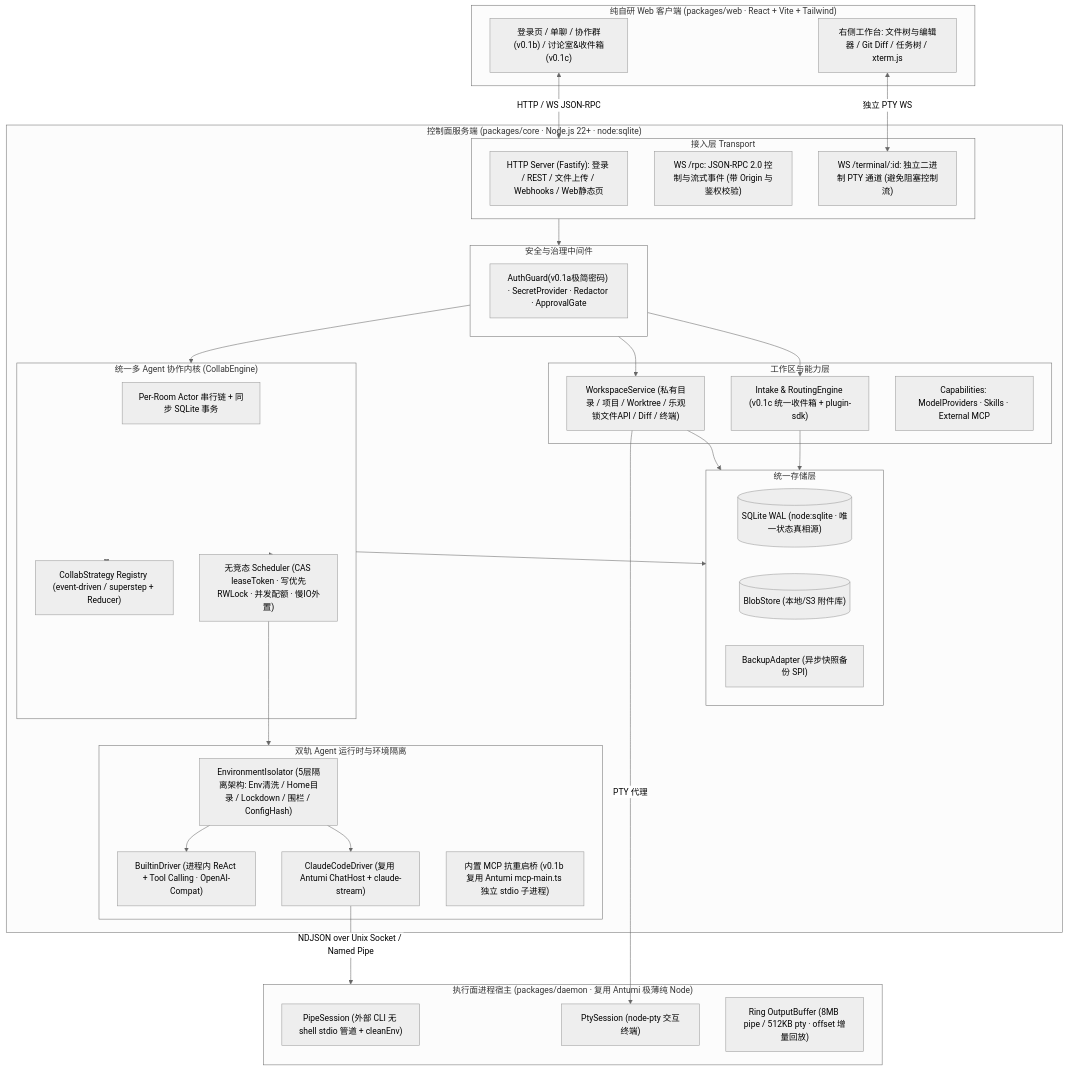
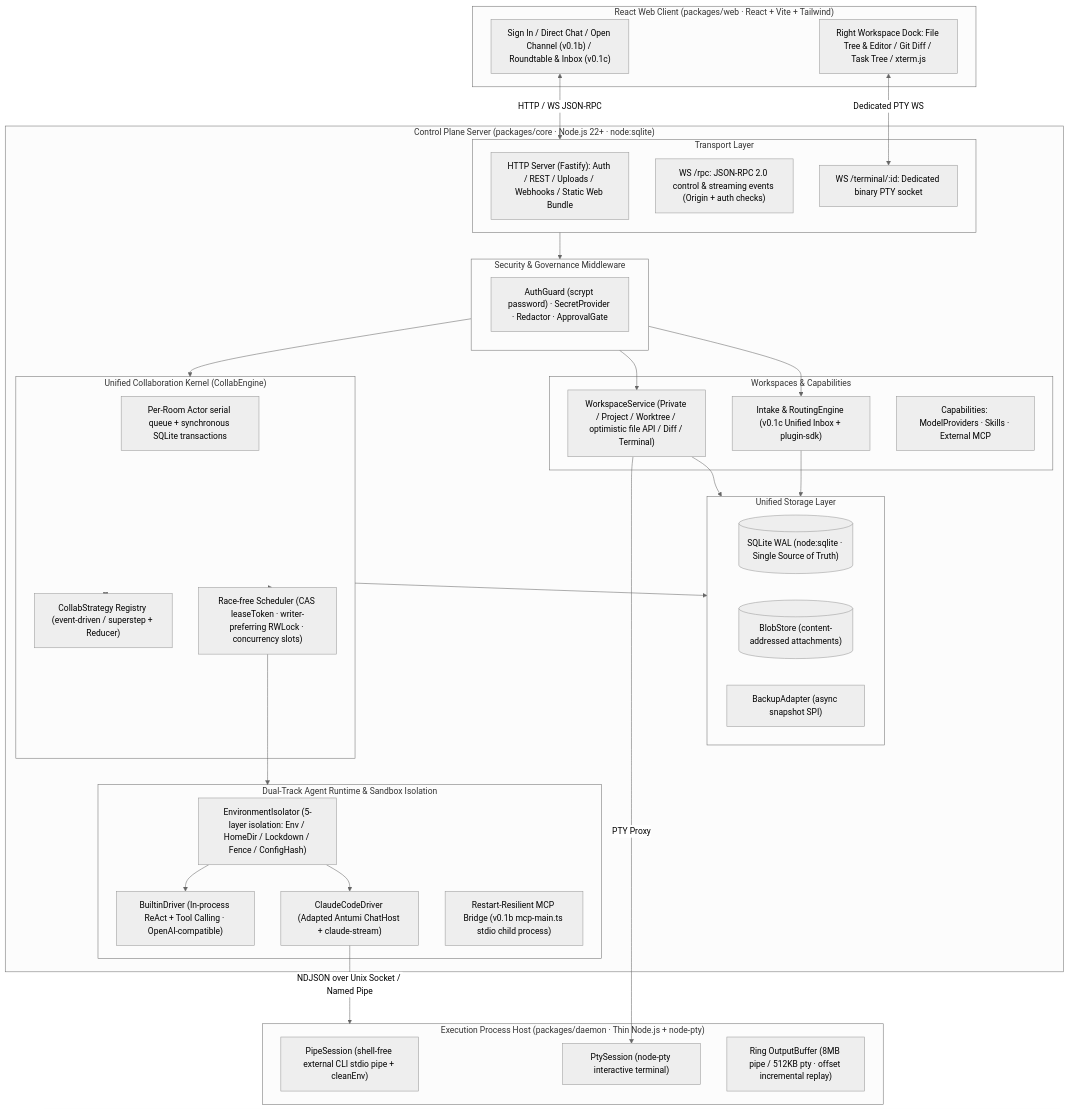
The first of 2 diagrams in docs/02-ARCHITECTURE.md (lilojmmJimmy/omagents), drawn with Mermaid (neutral theme) before and after one commit. The commit also changed other lines of this file and 9 other files, not shown here.

Commit message:
docs: translate legacy architecture specs and milestone reports to English

````diff
--- a/docs/02-ARCHITECTURE.md
+++ b/docs/02-ARCHITECTURE.md
@@ -10,60 +10,60 @@
 ```mermaid
 flowchart TB
-  subgraph Client["纯自研 Web 客户端 (packages/web · React + Vite + Tailwind)"]
-    UI["登录页 / 单聊 / 协作群(v0.1b) / 讨论室&收件箱(v0.1c)"]
-    DOCK["右侧工作台: 文件树与编辑器 / Git Diff / 任务树 / xterm.js"]
+  subgraph Client["React Web Client (packages/web · React + Vite + Tailwind)"]
+    UI["Sign In / Direct Chat / Open Channel (v0.1b) / Roundtable & Inbox (v0.1c)"]
+    DOCK["Right Workspace Dock: File Tree & Editor / Git Diff / Task Tree / xterm.js"]
   end
 
-  subgraph Core["控制面服务端 (packages/core · Node.js 22+ · node:sqlite)"]
-    subgraph Transport["接入层 Transport"]
-      HTTP["HTTP Server (Fastify): 登录 / REST / 文件上传 / Webhooks / Web静态页"]
-      WSRPC["WS /rpc: JSON-RPC 2.0 控制与流式事件 (带 Origin 与鉴权校验)"]
-      WSTERM["WS /terminal/:id: 独立二进制 PTY 通道 (避免阻塞控制流)"]
+  subgraph Core["Control Plane Server (packages/core · Node.js 22+ · node:sqlite)"]
+    subgraph Transport["Transport Layer"]
+      HTTP["HTTP Server (Fastify): Auth / REST / Uploads / Webhooks / Static Web Bundle"]
+      WSRPC["WS /rpc: JSON-RPC 2.0 control & streaming events (Origin + auth checks)"]
+      WSTERM["WS /terminal/:id: Dedicated binary PTY socket"]
     end
 
-    subgraph Security["安全与治理中间件"]
-      HOOKS["AuthGuard(v0.1a极简密码) · SecretProvider · Redactor · ApprovalGate"]
+    subgraph Security["Security & Governance Middleware"]
+      HOOKS["AuthGuard (scrypt password) · SecretProvider · Redactor · ApprovalGate"]
     end
 
-    subgraph Collab["统一多 Agent 协作内核 (CollabEngine)"]
-      ACTOR["Per-Room Actor 串行链 + 同步 SQLite 事务"]
+    subgraph Collab["Unified Collaboration Kernel (CollabEngine)"]
+      ACTOR["Per-Room Actor serial queue + synchronous SQLite transactions"]
       STRAT["CollabStrategy Registry (event-driven / superstep + Reducer)"]
-      SCHED["无竞态 Scheduler (CAS leaseToken · 写优先RWLock · 并发配额 · 慢IO外置)"]
+      SCHED["Race-free Scheduler (CAS leaseToken · writer-preferring RWLock · concurrency slots)"]
     end
 
-    subgraph Runtime["双轨 Agent 运行时与环境隔离"]
-      ISO["EnvironmentIsolator (5层隔离架构: Env清洗 / Home目录 / Lockdown / 围栏 / ConfigHash)"]
-      BUILTIN["BuiltinDriver (进程内 ReAct + Tool Calling · OpenAI-Compat)"]
-      CLAUDE["ClaudeCodeDriver (复用 Antumi ChatHost + claude-stream)"]
-      MCP["内置 MCP 抗重启桥 (v0.1b 复用 Antumi mcp-main.ts 独立 stdio 子进程)"]
+    subgraph Runtime["Dual-Track Agent Runtime & Sandbox Isolation"]
+      ISO["EnvironmentIsolator (5-layer isolation: Env / HomeDir / Lockdown / Fence / ConfigHash)"]
+      BUILTIN["BuiltinDriver (In-process ReAct + Tool Calling · OpenAI-compatible)"]
+      CLAUDE["ClaudeCodeDriver (Adapted Antumi ChatHost + claude-stream)"]
+      MCP["Restart-Resilient MCP Bridge (v0.1b mcp-main.ts stdio child process)"]
     end
 
-    subgraph Workspace["工作区与能力层"]
-      WSVC["WorkspaceService (私有目录 / 项目 / Worktree / 乐观锁文件API / Diff / 终端)"]
-      INTAKE["Intake & RoutingEngine (v0.1c 统一收件箱 + plugin-sdk)"]
+    subgraph Workspace["Workspaces & Capabilities"]
+      WSVC["WorkspaceService (Private / Project / Worktree / optimistic file API / Diff / Terminal)"]
+      INTAKE["Intake & RoutingEngine (v0.1c Unified Inbox + plugin-sdk)"]
       CAP["Capabilities: ModelProviders · Skills · External MCP"]
     end
 
-    subgraph Storage["统一存储层"]
-      DB[("SQLite WAL (node:sqlite · 唯一状态真相源)")]
-      BLOB[("BlobStore (本地/S3 附件库)")]
-      BAK["BackupAdapter (异步快照备份 SPI)"]
+    subgraph Storage["Unified Storage Layer"]
+      DB[("SQLite WAL (node:sqlite · Single Source of Truth)")]
+      BLOB[("BlobStore (content-addressed attachments)")]
+      BAK["BackupAdapter (async snapshot SPI)"]
     end
   end
 
-  subgraph Daemon["执行面进程宿主 (packages/daemon · 复用 Antumi 极薄纯 Node)"]
-    PIPE["PipeSession (外部 CLI 无 shell stdio 管道 + cleanEnv)"]
-    PTY["PtySession (node-pty 交互终端)"]
-    BUF["Ring OutputBuffer (8MB pipe / 512KB pty · offset 增量回放)"]
+  subgraph Daemon["Execution Process Host (packages/daemon · Thin Node.js + node-pty)"]
+    PIPE["PipeSession (shell-free external CLI stdio pipe + cleanEnv)"]
+    PTY["PtySession (node-pty interactive terminal)"]
+    BUF["Ring OutputBuffer (8MB pipe / 512KB pty · offset incremental replay)"]
   end
 
   UI <-->|HTTP / WS JSON-RPC| Transport
-  DOCK <-->|独立 PTY WS| WSTERM
+  DOCK <-->|Dedicated PTY WS| WSTERM
   Transport --> Security --> Collab & WSVC & INTAKE
   Collab <--> STRAT
   Collab --> SCHED --> Runtime
   ISO --> BUILTIN & CLAUDE
   CLAUDE -->|NDJSON over Unix Socket / Named Pipe| Daemon
-  WSVC -->|PTY 代理| PTY
+  WSVC -->|PTY Proxy| PTY
   Collab & WSVC & INTAKE --> Storage
 ```
````
